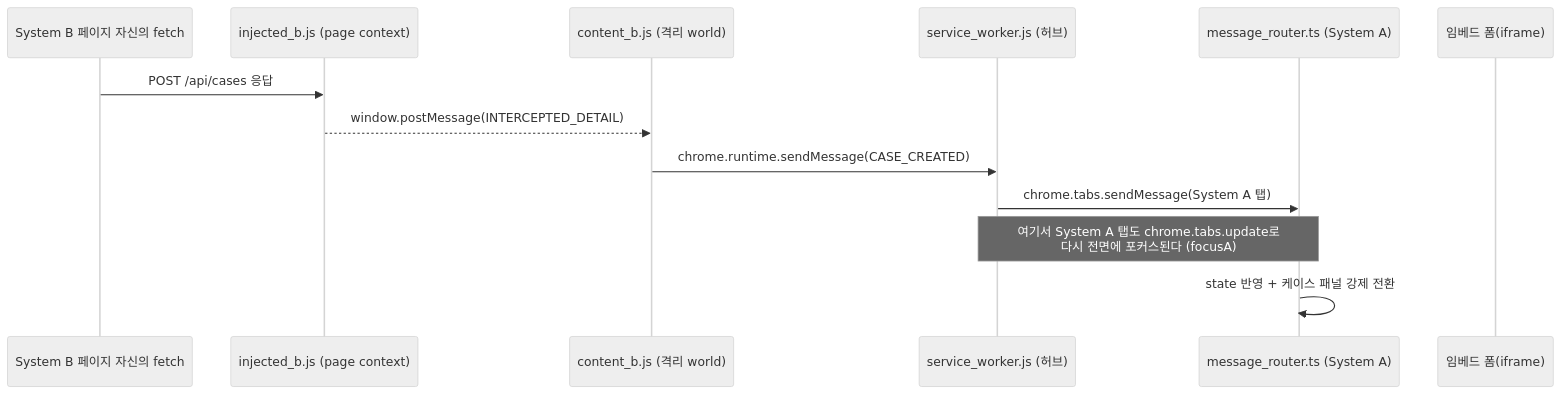
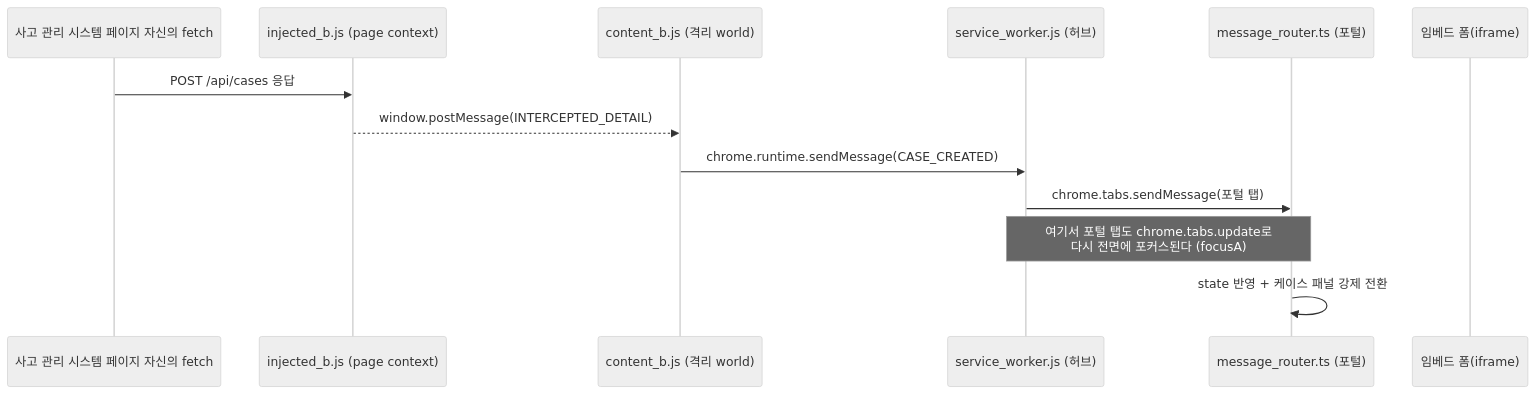
Before and after one commit to JY-maru/integrated-systems-sidebar: the first of 2 diagrams in docs/ARCHITECTURE.md, drawn with Mermaid (neutral theme). The commit also changed other lines of this file and 5 other files, not shown here.

````diff
--- a/docs/ARCHITECTURE.md
+++ b/docs/ARCHITECTURE.md
@@ -60,16 +60,16 @@
 ```mermaid
 sequenceDiagram
-    participant Page as System B 페이지 자신의 fetch
+    participant Page as 사고 관리 시스템 페이지 자신의 fetch
     participant Inject as injected_b.js (page context)
     participant Content as content_b.js (격리 world)
     participant BG as service_worker.js (허브)
-    participant Router as message_router.ts (System A)
+    participant Router as message_router.ts (포털)
     participant Iframe as 임베드 폼(iframe)
 
     Page->>Inject: POST /api/cases 응답
     Inject-->>Content: window.postMessage(INTERCEPTED_DETAIL)
     Content->>BG: chrome.runtime.sendMessage(CASE_CREATED)
-    BG->>Router: chrome.tabs.sendMessage(System A 탭)
-    Note over BG,Router: 여기서 System A 탭도 chrome.tabs.update로<br/>다시 전면에 포커스된다 (focusA)
+    BG->>Router: chrome.tabs.sendMessage(포털 탭)
+    Note over BG,Router: 여기서 포털 탭도 chrome.tabs.update로<br/>다시 전면에 포커스된다 (focusA)
     Router->>Router: state 반영 + 케이스 패널 강제 전환
 ```
````
